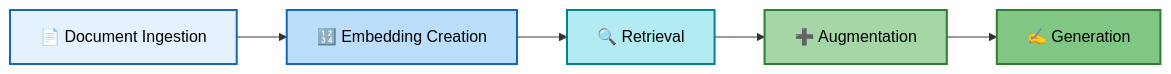
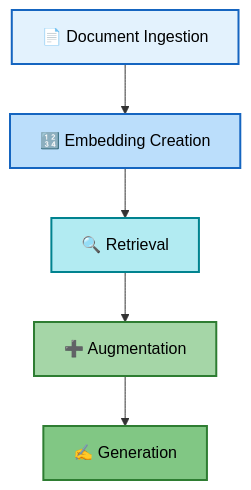
The diagram in what_is_RAG.md (Makilesh/RAG_Explained), drawn with Mermaid before and after one commit.

Commit message:
top to bottom

````diff
--- a/what_is_RAG.md
+++ b/what_is_RAG.md
@@ -29,12 +29,12 @@
 ```mermaid
-graph LR
-	A[📄 Document Ingestion] --> B[🔢 Embedding Creation]
-	B --> C[🔍 Retrieval]
-	C --> D[➕ Augmentation]
-	D --> E[✍️ Generation]
-	style A fill:#e3f2fd,stroke:#1565c0,stroke-width:2px,color:#000
-	style B fill:#bbdefb,stroke:#1565c0,stroke-width:2px,color:#000
-	style C fill:#b2ebf2,stroke:#00838f,stroke-width:2px,color:#000
-	style D fill:#a5d6a7,stroke:#2e7d32,stroke-width:2px,color:#000
-	style E fill:#81c784,stroke:#2e7d32,stroke-width:2px,color:#000
+graph TD
+    A[📄 Document Ingestion] --> B[🔢 Embedding Creation]
+    B --> C[🔍 Retrieval]
+    C --> D[➕ Augmentation]
+    D --> E[✍️ Generation]
+    style A fill:#e3f2fd,stroke:#1565c0,stroke-width:2px,color:#000
+    style B fill:#bbdefb,stroke:#1565c0,stroke-width:2px,color:#000
+    style C fill:#b2ebf2,stroke:#00838f,stroke-width:2px,color:#000
+    style D fill:#a5d6a7,stroke:#2e7d32,stroke-width:2px,color:#000
+    style E fill:#81c784,stroke:#2e7d32,stroke-width:2px,color:#000
 ```
````
